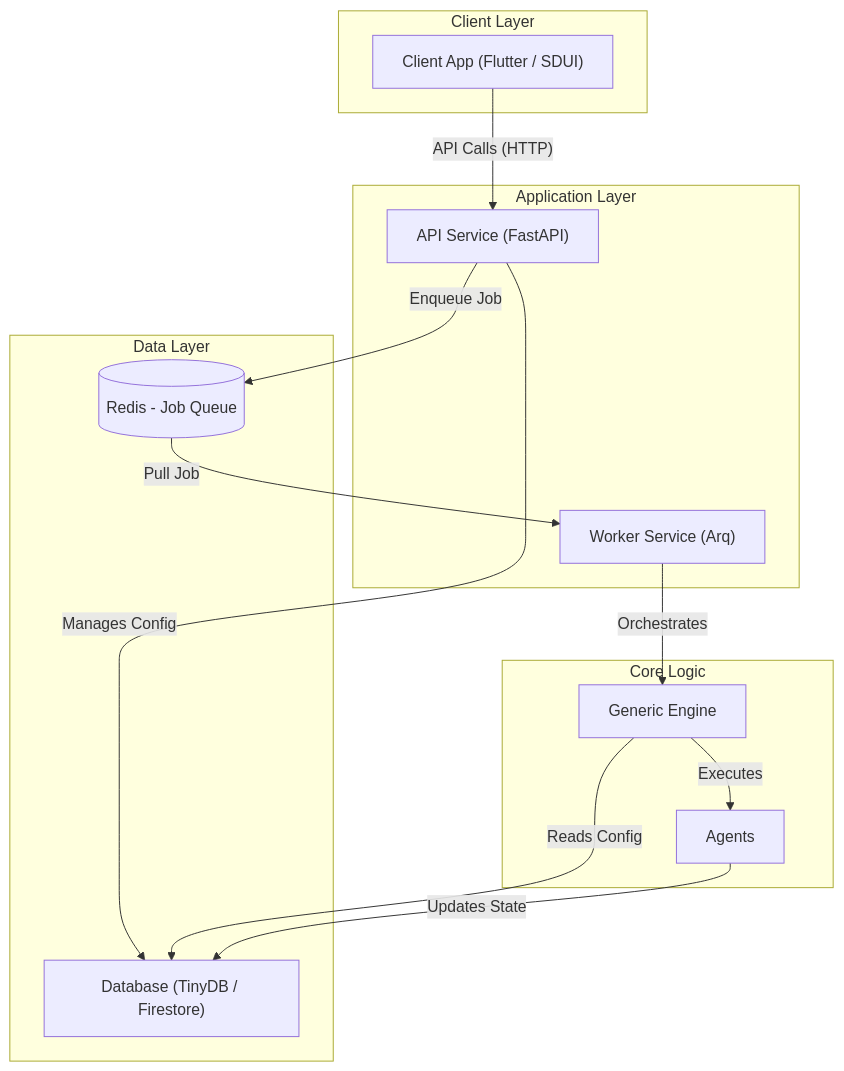
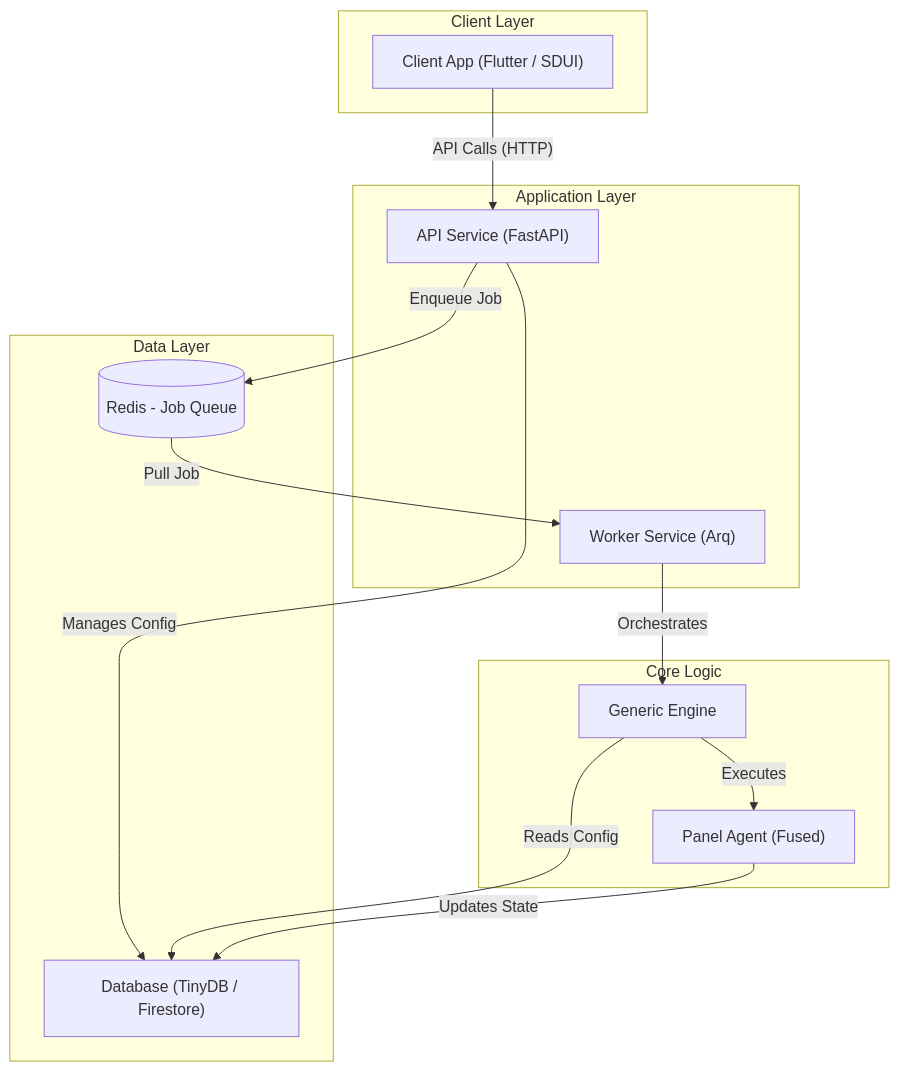
Before and after one commit to launis/quorum: the diagram in docs/management_architecture.md, drawn with Mermaid. The commit also changed other lines of this file and 332 other files, not shown here.

Commit message:
feat: update architecture lineage and fix causal model validation Aligns documentation with Phase 8 standards (Panel Fusion, Strict DTOs) and relaxes Pydantic strict mode on CausalAnalysis to resolve Enum coercion errors.

````diff
--- a/docs/management_architecture.md
+++ b/docs/management_architecture.md
@@ -13,27 +13,27 @@
 ```mermaid
 graph TD
     subgraph "Client Layer"
         A["Client App (Flutter / SDUI)"]
     end
     subgraph "Application Layer"
         B["API Service (FastAPI)"]
         W["Worker Service (Arq)"]
     end
     subgraph "Core Logic"
         C["Generic Engine"]
-        D["Agents"]
+        D["Panel Agent (Fused)"]
     end
     subgraph "Data Layer"
         R[(Redis - Job Queue)]
         E["Database (TinyDB / Firestore)"]
     end
 
     A -- API Calls (HTTP) --> B
     B -- Manages Config --> E
     B -- Enqueue Job --> R
     R -- Pull Job --> W
     W -- Orchestrates --> C
     C -- Reads Config --> E
     C -- Executes --> D
     D -- Updates State --> E
 ```
````
